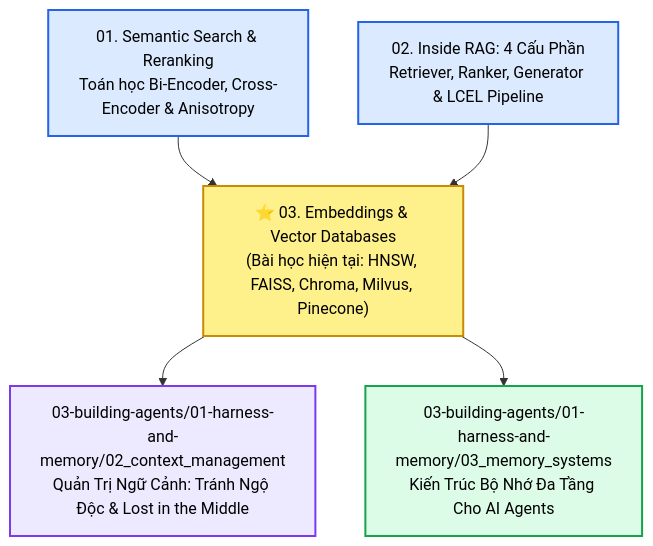
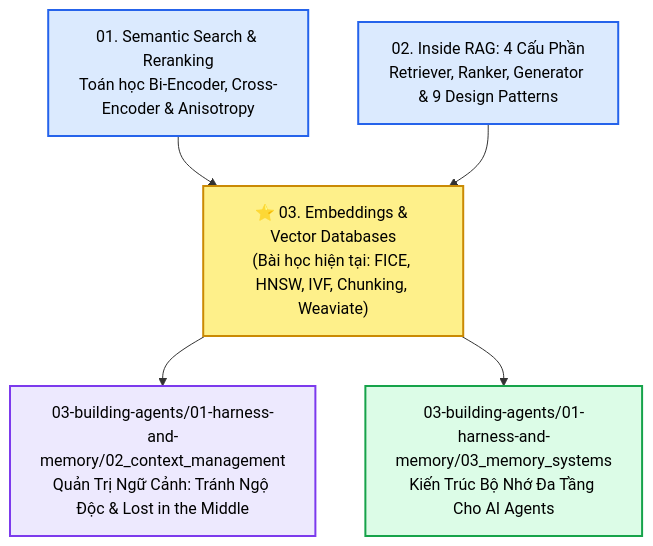
One commit to LeNguyenHaiDuong/agent_course changed the tenth of 10 diagrams in 01-research-and-foundations/03-semantic-search/03_embeddings_and_vector_databases.md. Above: the diagram before and after it, drawn with Mermaid. The commit also changed other lines of this file and 4 other files, not shown here.

Commit message:
fix(headings): convert slugified heading anchors to exact OFM heading syntax and enrich 03_embeddings_and_vector_databases with FICE and indexing strategies

````diff
--- a/01-research-and-foundations/03-semantic-search/03_embeddings_and_vector_databases.md
+++ b/01-research-and-foundations/03-semantic-search/03_embeddings_and_vector_databases.md
@@ -582,20 +778,20 @@
 ```mermaid
 flowchart TD
     PrevNode1["01. Semantic Search & Reranking<br>Toán học Bi-Encoder, Cross-Encoder & Anisotropy"]
-    PrevNode2["02. Inside RAG: 4 Cấu Phần<br>Retriever, Ranker, Generator & LCEL Pipeline"]
-    CurrentNode["⭐ 03. Embeddings & Vector Databases<br>(Bài học hiện tại: HNSW, FAISS, Chroma, Milvus, Pinecone)"]
+    PrevNode2["02. Inside RAG: 4 Cấu Phần<br>Retriever, Ranker, Generator & 9 Design Patterns"]
+    CurrentNode["⭐ 03. Embeddings & Vector Databases<br>(Bài học hiện tại: FICE, HNSW, IVF, Chunking, Weaviate)"]
 
     NextNode1["03-building-agents/01-harness-and-memory/02_context_management<br>Quản Trị Ngữ Cảnh: Tránh Ngộ Độc & Lost in the Middle"]
     NextNode2["03-building-agents/01-harness-and-memory/03_memory_systems<br>Kiến Trúc Bộ Nhớ Đa Tầng Cho AI Agents"]
 
     PrevNode1 --> CurrentNode
     PrevNode2 --> CurrentNode
     CurrentNode --> NextNode1
     CurrentNode --> NextNode2
 
     style CurrentNode fill:#fef08a,stroke:#ca8a04,stroke-width:2px,color:#000000
     style PrevNode1 fill:#dbeafe,stroke:#2563eb,stroke-width:2px,color:#000000
     style PrevNode2 fill:#dbeafe,stroke:#2563eb,stroke-width:2px,color:#000000
     style NextNode1 fill:#ede9fe,stroke:#7c3aed,stroke-width:2px,color:#000000
     style NextNode2 fill:#dcfce7,stroke:#16a34a,stroke-width:2px,color:#000000
 ```
````
